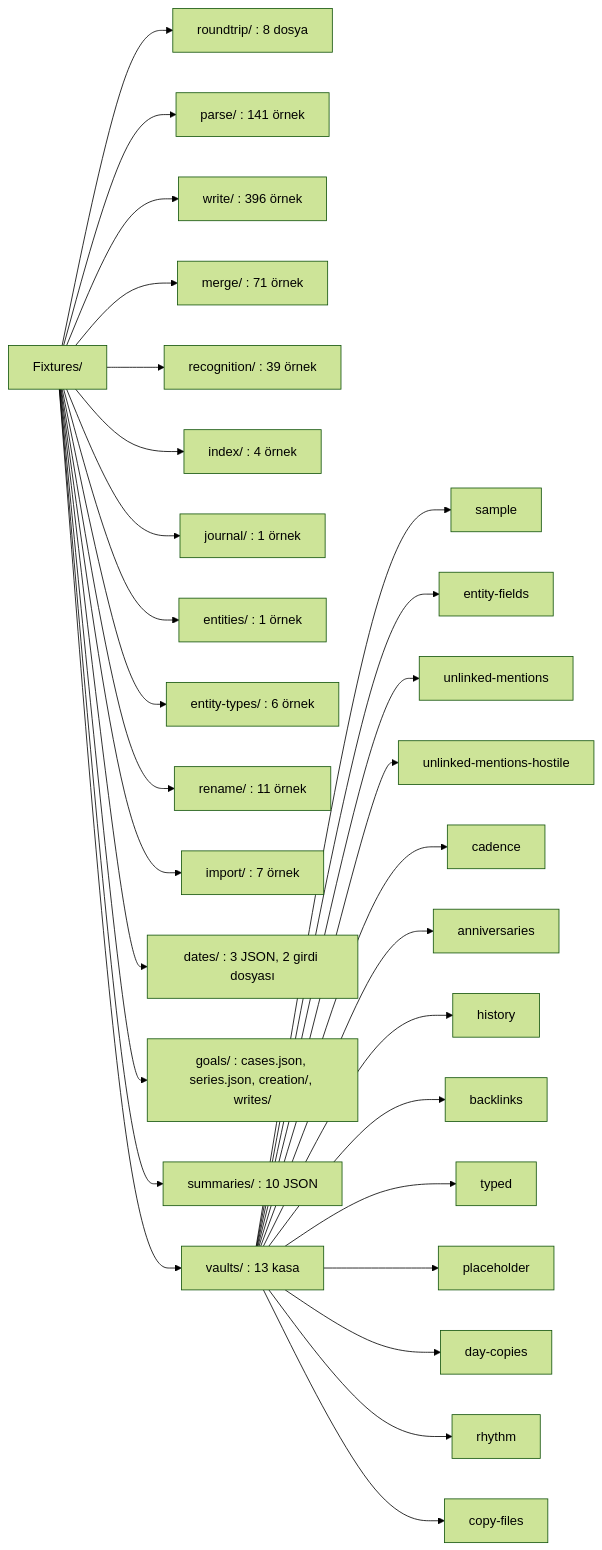
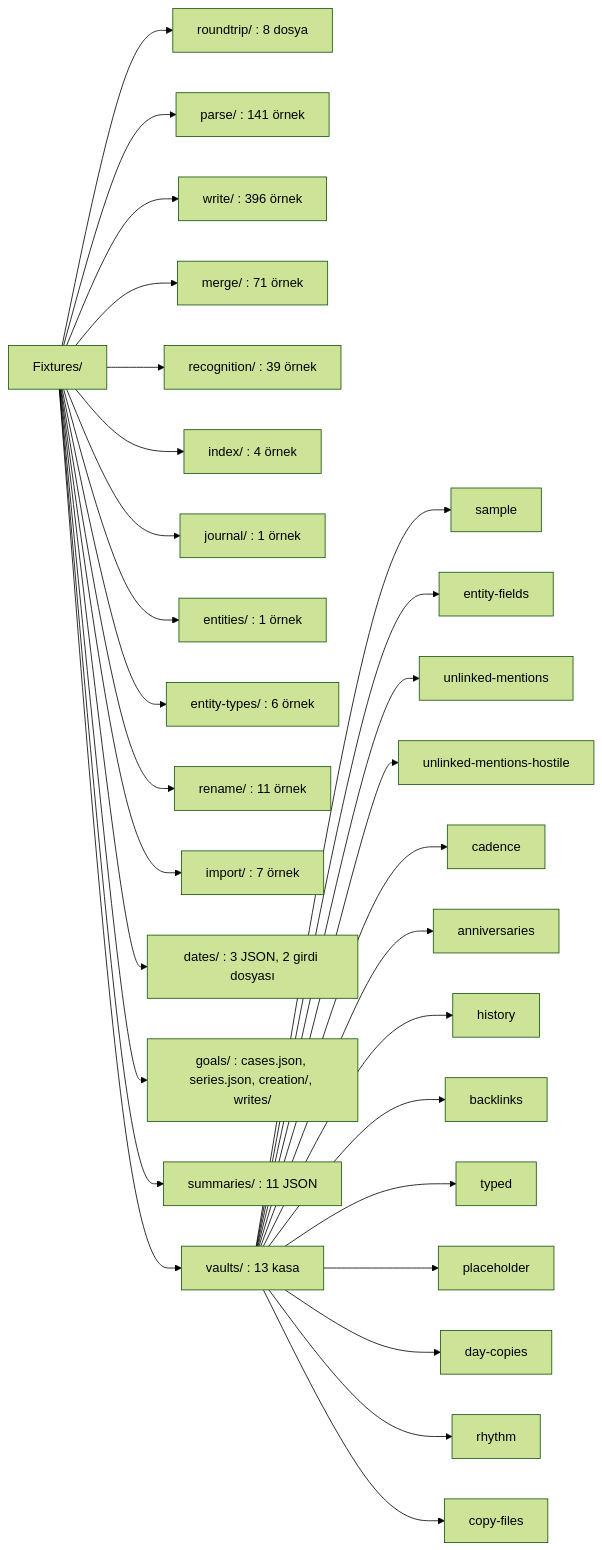
Before and after one commit to dogancanyildiz/kenet: the first of 11 diagrams in docs/fixtures.md, drawn with Mermaid (forest theme). The commit also changed other lines of this file and 16 other files, not shown here.

````diff
--- a/docs/fixtures.md
+++ b/docs/fixtures.md
@@ -15,32 +15,32 @@
 ```mermaid
 flowchart LR
   F["Fixtures/"]
   F --> RT["roundtrip/ : 8 dosya"]
   F --> PA["parse/ : 141 örnek"]
   F --> WR["write/ : 396 örnek"]
   F --> ME["merge/ : 71 örnek"]
   F --> RE["recognition/ : 39 örnek"]
   F --> IX["index/ : 4 örnek"]
   F --> JO["journal/ : 1 örnek"]
   F --> EN["entities/ : 1 örnek"]
   F --> ET["entity-types/ : 6 örnek"]
   F --> RN["rename/ : 11 örnek"]
   F --> IM["import/ : 7 örnek"]
   F --> DA["dates/ : 3 JSON, 2 girdi dosyası"]
   F --> GO["goals/ : cases.json, series.json, creation/, writes/"]
-  F --> SU["summaries/ : 10 JSON"]
+  F --> SU["summaries/ : 11 JSON"]
   F --> VA["vaults/ : 13 kasa"]
   VA --> V1["sample"]
   VA --> V2["entity-fields"]
   VA --> V3["unlinked-mentions"]
   VA --> V4["unlinked-mentions-hostile"]
   VA --> V5["cadence"]
   VA --> V6["anniversaries"]
   VA --> V7["history"]
   VA --> V8["backlinks"]
   VA --> V9["typed"]
   VA --> V10["placeholder"]
   VA --> V11["day-copies"]
   VA --> V12["rhythm"]
   VA --> V13["copy-files"]
 ```
````
